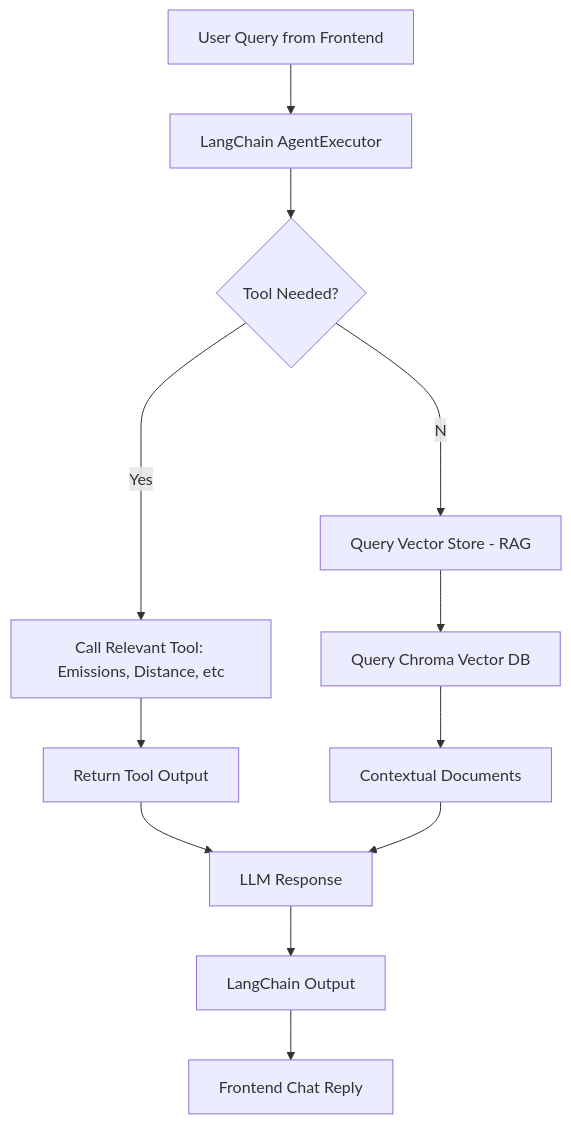
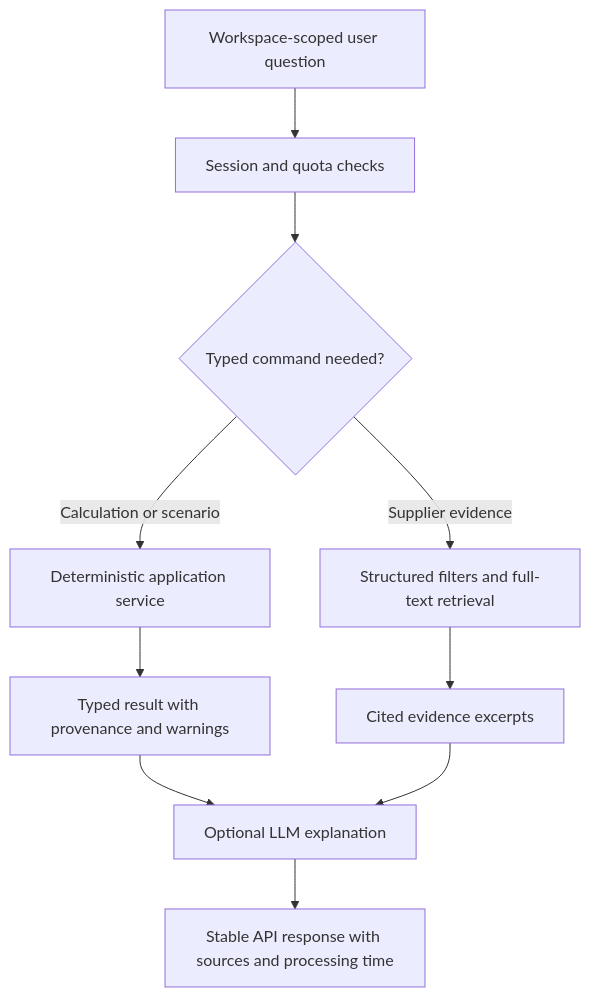
The second of 2 diagrams in docs/langchain.rag.workflow.md (davidpal3c/NZeroESG_Scope3), drawn with Mermaid before and after one commit. The commit also changed other lines of this file and 84 other files, not shown here.

````diff
--- a/docs/langchain.rag.workflow.md
+++ b/docs/langchain.rag.workflow.md
@@ -1,18 +43,12 @@
 ```mermaid
 flowchart TD
-    A[User Query from Frontend] --> B[LangChain AgentExecutor]
-
-    B --> C{Tool Needed?}
-    C --Yes--> D[Call Relevant Tool: Emissions, Distance, etc]
-    C --No--> E[Query Vector Store - RAG]
-
-    D --> F[Return Tool Output]
-    E --> G[Query Chroma Vector DB]
-    G --> H[Contextual Documents]
-
-    F --> I[LLM Response]
-    H --> I
-
-    I --> J[LangChain Output]
-    J --> K[Frontend Chat Reply]
+    A[Workspace-scoped user question] --> B[Session and quota checks]
+    B --> C{Typed command needed?}
+    C -- Calculation or scenario --> D[Deterministic application service]
+    C -- Supplier evidence --> E[Structured filters and full-text retrieval]
+    D --> F[Typed result with provenance and warnings]
+    E --> G[Cited evidence excerpts]
+    F --> H[Optional LLM explanation]
+    G --> H
+    H --> I[Stable API response with sources and processing time]
 ```
````
